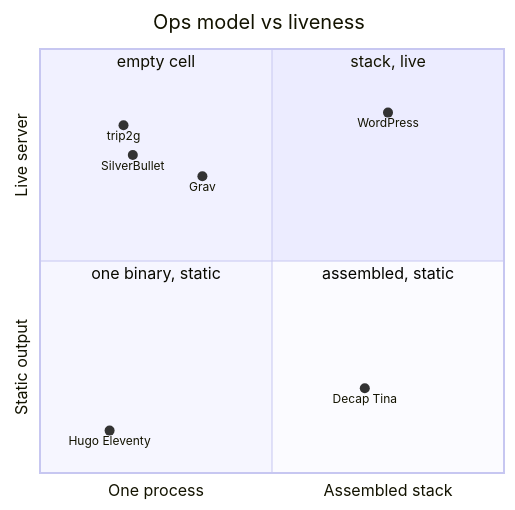
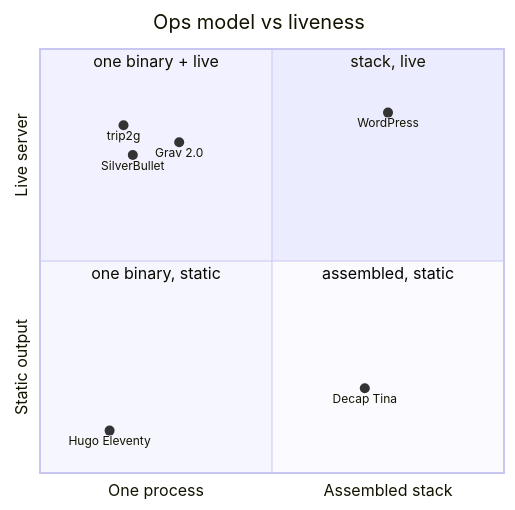
Before and after one commit to trip2g/trip2g: the third of 5 diagrams in docs/en/thoughts/flat-file-cms.md, drawn with Mermaid. The commit also changed other lines of this file and 1 other file, not shown here.

Commit message:
docs(thoughts): correct flat-file-cms — Grav 2.0 matches MCP/write-API, sharpen the real moat

````diff
--- a/docs/en/thoughts/flat-file-cms.md
+++ b/docs/en/thoughts/flat-file-cms.md
@@ -104,16 +106,16 @@
 ```mermaid
 quadrantChart
     title Ops model vs liveness
     x-axis One process --> Assembled stack
     y-axis Static output --> Live server
     quadrant-1 stack, live
-    quadrant-2 empty cell
+    quadrant-2 one binary + live
     quadrant-3 one binary, static
     quadrant-4 assembled, static
     Hugo Eleventy: [0.15, 0.1]
     SilverBullet: [0.2, 0.75]
-    Grav: [0.35, 0.7]
+    Grav 2.0: [0.3, 0.78]
     trip2g: [0.18, 0.82]
     Decap Tina: [0.7, 0.2]
     WordPress: [0.75, 0.85]
 ```
````
